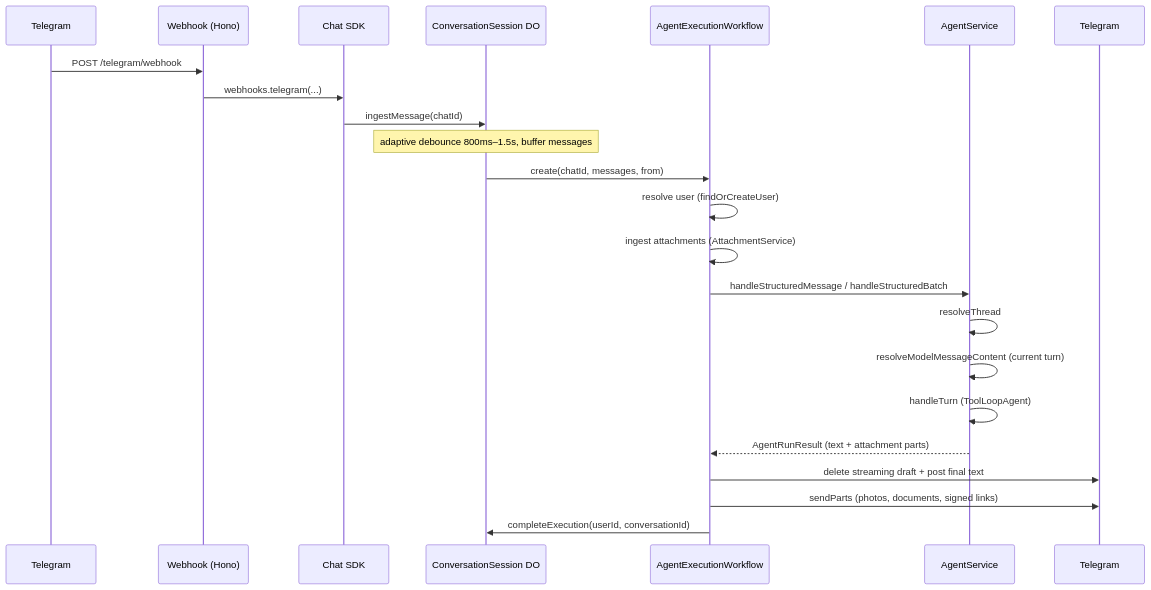
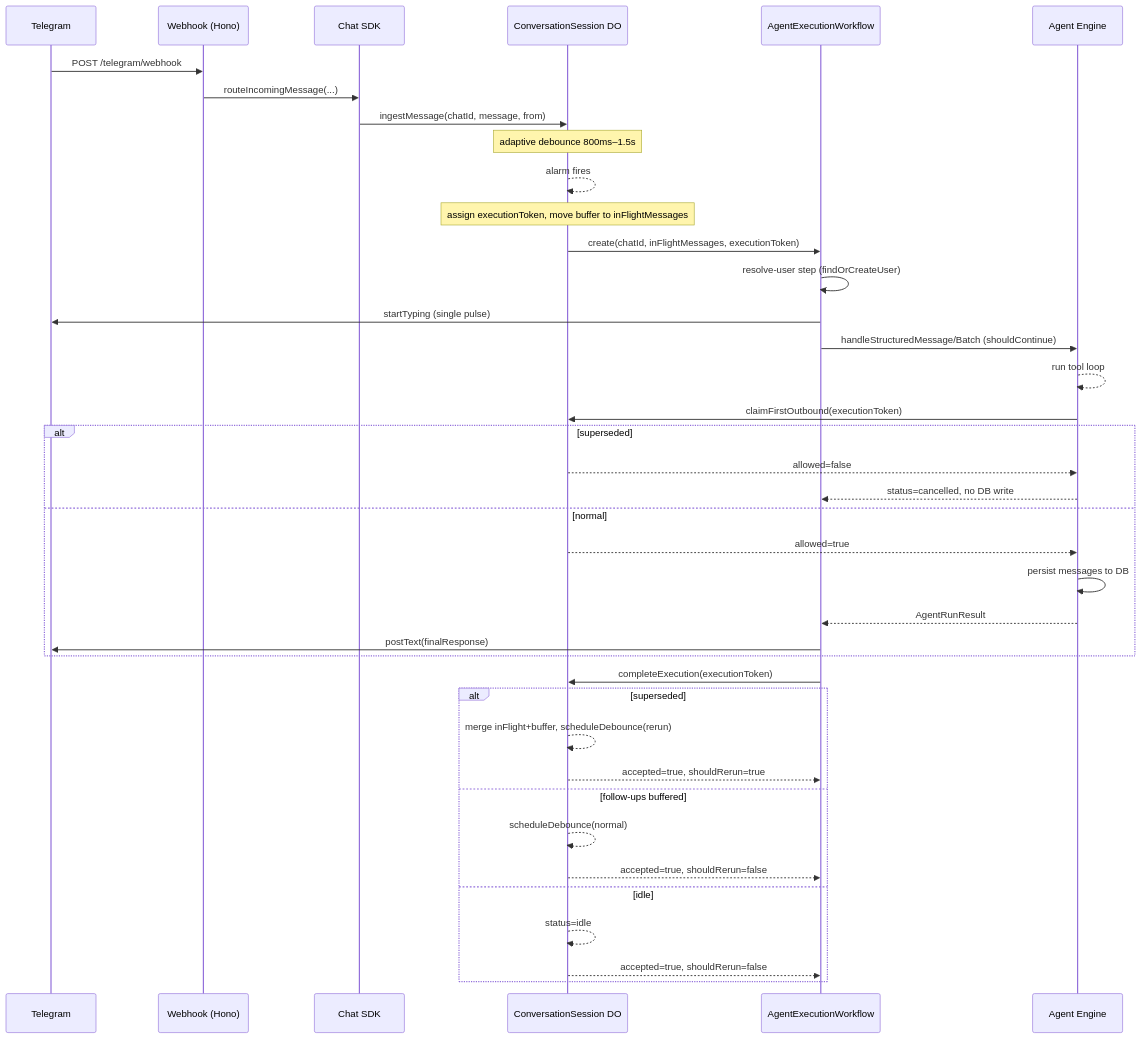
Before and after one commit to punitarani/amby: the first of 4 diagrams in docs/RUNTIME.md, drawn with Mermaid. The commit also changed other lines of this file and 3 other files, not shown here.

````diff
--- a/docs/RUNTIME.md
+++ b/docs/RUNTIME.md
@@ -7,26 +7,45 @@
 ```mermaid
 sequenceDiagram
     participant TG as Telegram
     participant WH as Webhook (Hono)
     participant SDK as Chat SDK
     participant DO as ConversationSession DO
     participant WF as AgentExecutionWorkflow
-    participant AG as AgentService
-    participant TG2 as Telegram
+    participant AG as Agent Engine
 
     TG->>WH: POST /telegram/webhook
-    WH->>SDK: webhooks.telegram(...)
-    SDK->>DO: ingestMessage(chatId)
-    Note over DO: adaptive debounce 800ms–1.5s, buffer messages
-    DO->>WF: create(chatId, messages, from)
-    WF->>WF: resolve user (findOrCreateUser)
-    WF->>WF: ingest attachments (AttachmentService)
-    WF->>AG: handleStructuredMessage / handleStructuredBatch
-    AG->>AG: resolveThread
-    AG->>AG: resolveModelMessageContent (current turn)
-    AG->>AG: handleTurn (ToolLoopAgent)
-    AG-->>WF: AgentRunResult (text + attachment parts)
-    WF->>TG2: delete streaming draft + post final text
-    WF->>TG2: sendParts (photos, documents, signed links)
-    WF->>DO: completeExecution(userId, conversationId)
+    WH->>SDK: routeIncomingMessage(...)
+    SDK->>DO: ingestMessage(chatId, message, from)
+    Note over DO: adaptive debounce 800ms–1.5s
+    DO-->>DO: alarm fires
+    Note over DO: assign executionToken, move buffer to inFlightMessages
+    DO->>WF: create(chatId, inFlightMessages, executionToken)
+
+    WF->>WF: resolve-user step (findOrCreateUser)
+    WF->>TG: startTyping (single pulse)
+    WF->>AG: handleStructuredMessage/Batch (shouldContinue)
+    AG-->>AG: run tool loop
+
+    AG->>DO: claimFirstOutbound(executionToken)
+    alt superseded
+        DO-->>AG: allowed=false
+        AG-->>WF: status=cancelled, no DB write
+    else normal
+        DO-->>AG: allowed=true
+        AG->>AG: persist messages to DB
+        AG-->>WF: AgentRunResult
+        WF->>TG: postText(finalResponse)
+    end
+
+    WF->>DO: completeExecution(executionToken)
+    alt superseded
+        DO-->>DO: merge inFlight+buffer, scheduleDebounce(rerun)
+        DO-->>WF: accepted=true, shouldRerun=true
+    else follow-ups buffered
+        DO-->>DO: scheduleDebounce(normal)
+        DO-->>WF: accepted=true, shouldRerun=false
+    else idle
+        DO-->>DO: status=idle
+        DO-->>WF: accepted=true, shouldRerun=false
+    end
 ```
````
